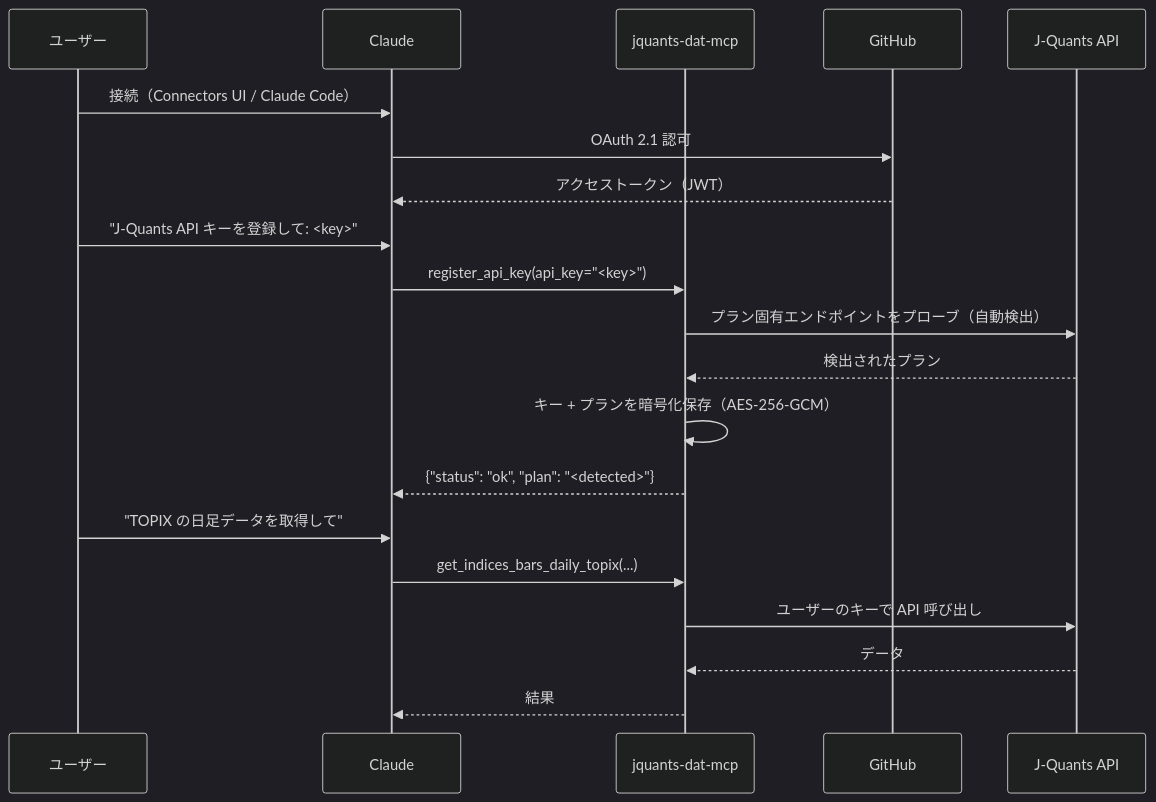
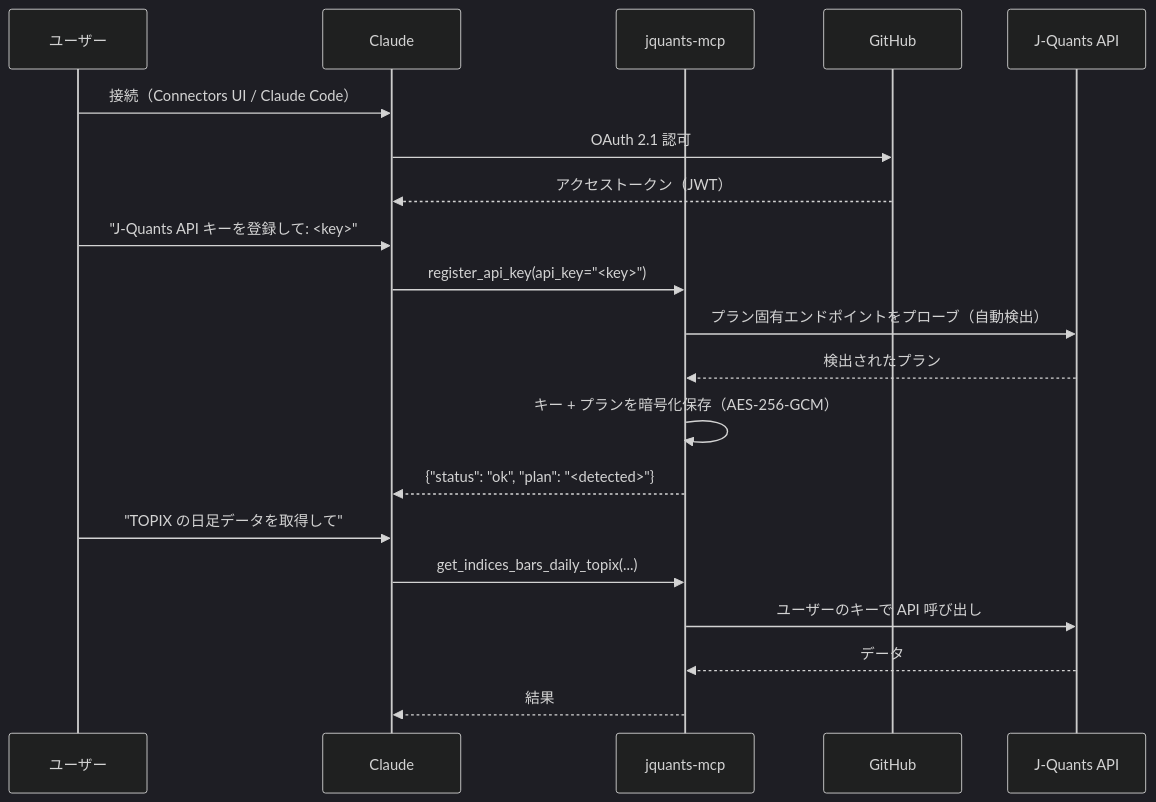
The first of 2 diagrams in README.ja.md (shigechika/jquants-mcp), drawn with Mermaid (dark theme) before and after one commit. The commit also changed other lines of this file and 15 other files, not shown here.

First line of the commit message:
docs: sweep jquants-dat-mcp → jquants-mcp in docs, ops, READMEs (#120)

````diff
--- a/README.ja.md
+++ b/README.ja.md
@@ -253,22 +253,22 @@
 ```mermaid
 sequenceDiagram
     participant U as ユーザー
     participant C as Claude
-    participant S as jquants-dat-mcp
+    participant S as jquants-mcp
     participant G as GitHub
     participant J as J-Quants API
     U->>C: 接続（Connectors UI / Claude Code）
     C->>G: OAuth 2.1 認可
     G-->>C: アクセストークン（JWT）
     U->>C: "J-Quants API キーを登録して: <key>"
     C->>S: register_api_key(api_key="<key>")
     S->>J: プラン固有エンドポイントをプローブ（自動検出）
     J-->>S: 検出されたプラン
     S->>S: キー + プランを暗号化保存（AES-256-GCM）
     S-->>C: {"status": "ok", "plan": "<detected>"}
     U->>C: "TOPIX の日足データを取得して"
     C->>S: get_indices_bars_daily_topix(...)
     S->>J: ユーザーのキーで API 呼び出し
     J-->>S: データ
     S-->>C: 結果
 ```
````
